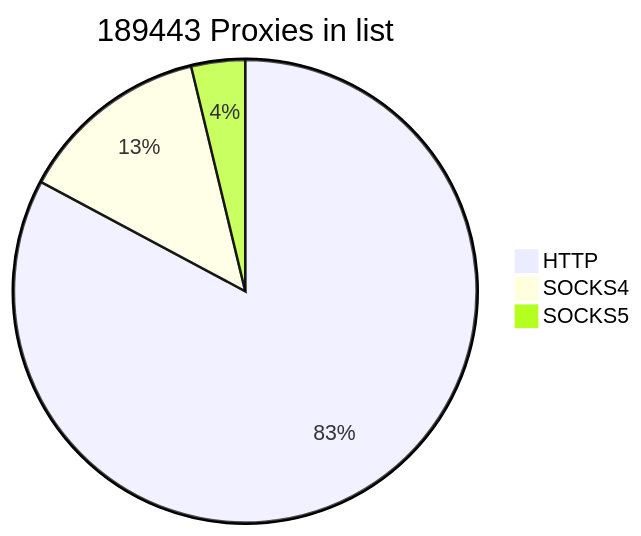
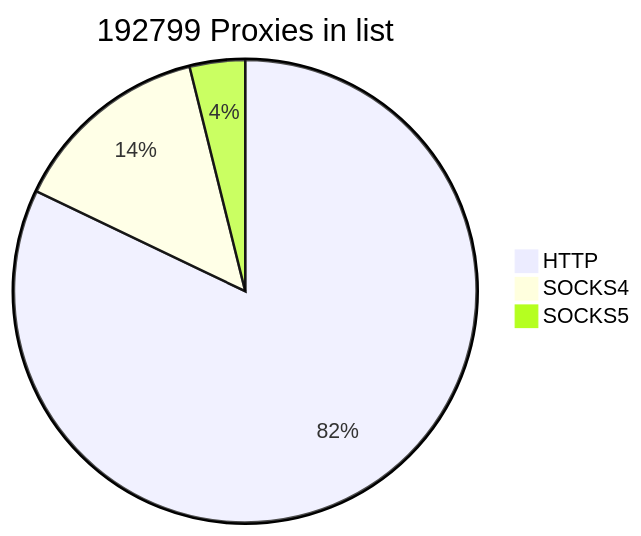
Before and after one commit to cutipu/proxylist: the first of 2 diagrams in README.md, drawn with Mermaid. The commit also changed other lines of this file, not shown here.

````diff
--- a/README.md
+++ b/README.md
@@ -2,7 +2,7 @@
 ```mermaid
-pie title 189443 Proxies in list
-    "HTTP" : 156888
-    "SOCKS4" : 25432
-    "SOCKS5" : 7123
+pie title 192799 Proxies in list
+    "HTTP" : 158305
+    "SOCKS4" : 27032
+    "SOCKS5" : 7462
             
 ```
````
